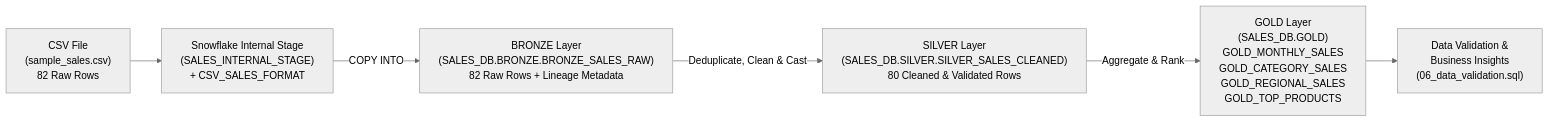
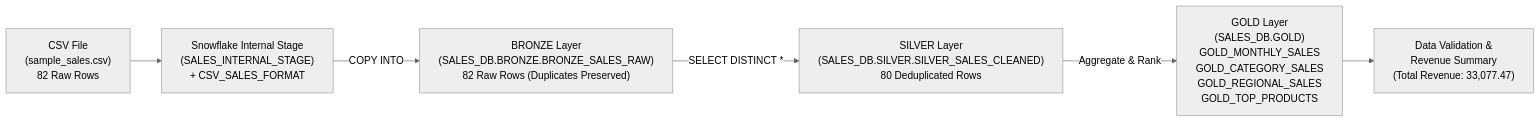
One commit to patelutsav13/Snowflake-Sales-Data-Engineering-Pipeline changed the diagram in architecture/medallion_architecture.mmd. Above: the diagram before and after it, drawn with Mermaid (neutral theme). The commit also changed 9 other files, not shown here.

Commit message:
Align SQL, README, diagram, and docs with actual Snowflake execution results

```diff
--- a/architecture/medallion_architecture.mmd
+++ b/architecture/medallion_architecture.mmd
@@ -1,6 +1,6 @@
 flowchart LR
     A["CSV File<br/>(sample_sales.csv)<br/>82 Raw Rows"] --> B["Snowflake Internal Stage<br/>(SALES_INTERNAL_STAGE)<br/>+ CSV_SALES_FORMAT"]
-    B -->|COPY INTO| C["BRONZE Layer<br/>(SALES_DB.BRONZE.BRONZE_SALES_RAW)<br/>82 Raw Rows + Lineage Metadata"]
-    C -->|Deduplicate, Clean & Cast| D["SILVER Layer<br/>(SALES_DB.SILVER.SILVER_SALES_CLEANED)<br/>80 Cleaned & Validated Rows"]
+    B -->|COPY INTO| C["BRONZE Layer<br/>(SALES_DB.BRONZE.BRONZE_SALES_RAW)<br/>82 Raw Rows (Duplicates Preserved)"]
+    C -->|SELECT DISTINCT *| D["SILVER Layer<br/>(SALES_DB.SILVER.SILVER_SALES_CLEANED)<br/>80 Deduplicated Rows"]
     D -->|Aggregate & Rank| E["GOLD Layer<br/>(SALES_DB.GOLD)<br/>GOLD_MONTHLY_SALES<br/>GOLD_CATEGORY_SALES<br/>GOLD_REGIONAL_SALES<br/>GOLD_TOP_PRODUCTS"]
-    E --> F["Data Validation &<br/>Business Insights<br/>(06_data_validation.sql)"]
+    E --> F["Data Validation &<br/>Revenue Summary<br/>(Total Revenue: 33,077.47)"]
```
